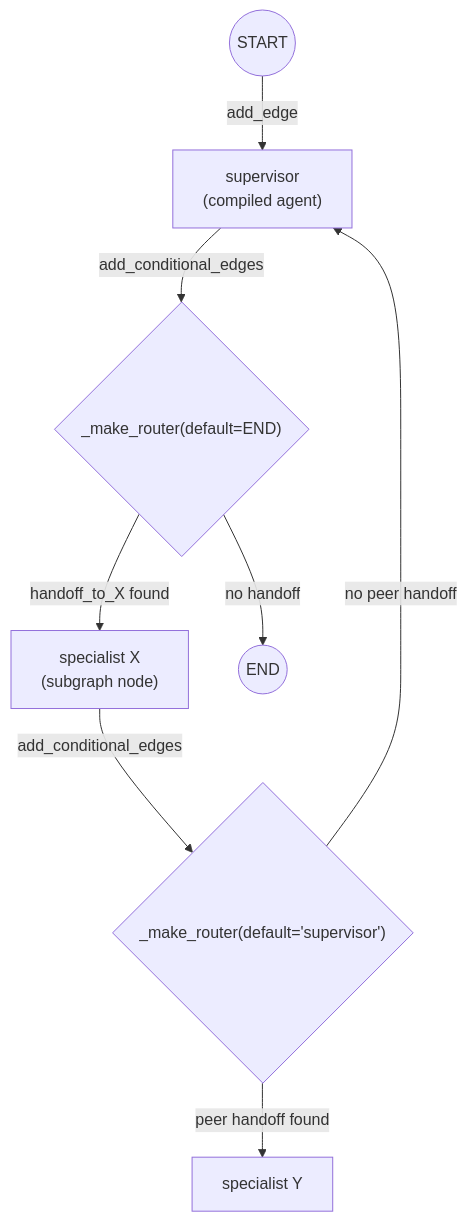
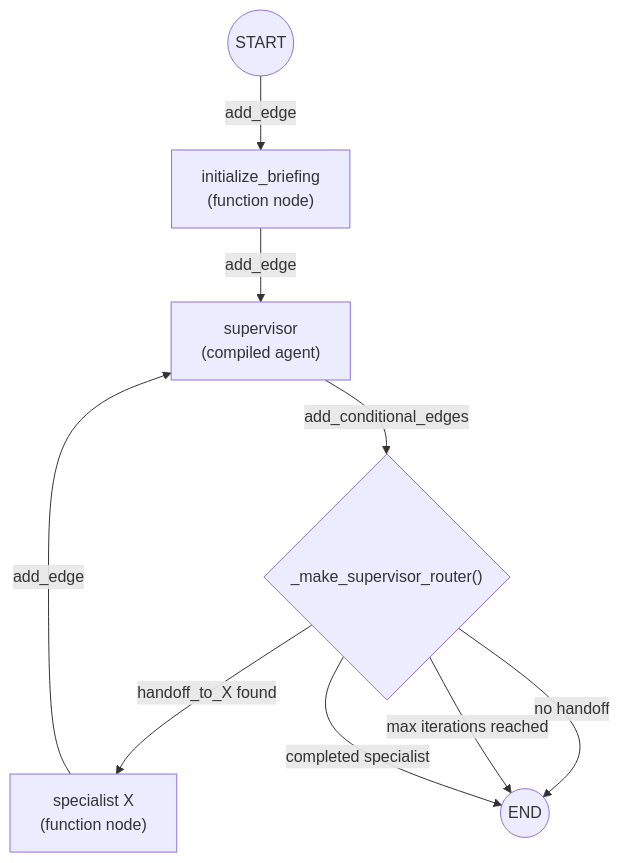
Before and after one commit to ogghst/backcast: the second of 6 diagrams in docs/02-architecture/ai/supervisor-orchestrator.md, drawn with Mermaid. The commit also changed other lines of this file and 45 other files, not shown here.

````diff
--- a/docs/02-architecture/ai/supervisor-orchestrator.md
+++ b/docs/02-architecture/ai/supervisor-orchestrator.md
@@ -230,10 +271,11 @@
 ```mermaid
 flowchart TD
-    START((START)) -->|"add_edge"| SUP["supervisor\n(compiled agent)"]
-    SUP -->|"add_conditional_edges"| ROUTE{"_make_router(default=END)"}
-    ROUTE -->|"handoff_to_X found"| SPEC_X["specialist X\n(subgraph node)"]
+    START((START)) -->|"add_edge"| INIT["initialize_briefing\n(function node)"]
+    INIT -->|"add_edge"| SUP["supervisor\n(compiled agent)"]
+    SUP -->|"add_conditional_edges"| ROUTE{"_make_supervisor_router()"}
+    ROUTE -->|"handoff_to_X found"| SPEC_X["specialist X\n(function node)"]
     ROUTE -->|"no handoff"| END_NODE((END))
-    SPEC_X -->|"add_conditional_edges"| SPEC_ROUTE{"_make_router(default='supervisor')"}
-    SPEC_ROUTE -->|"peer handoff found"| SPEC_Y["specialist Y"]
-    SPEC_ROUTE -->|"no peer handoff"| SUP
+    ROUTE -->|"max iterations reached"| END_NODE
+    ROUTE -->|"completed specialist"| END_NODE
+    SPEC_X -->|"add_edge"| SUP
 ```
````
